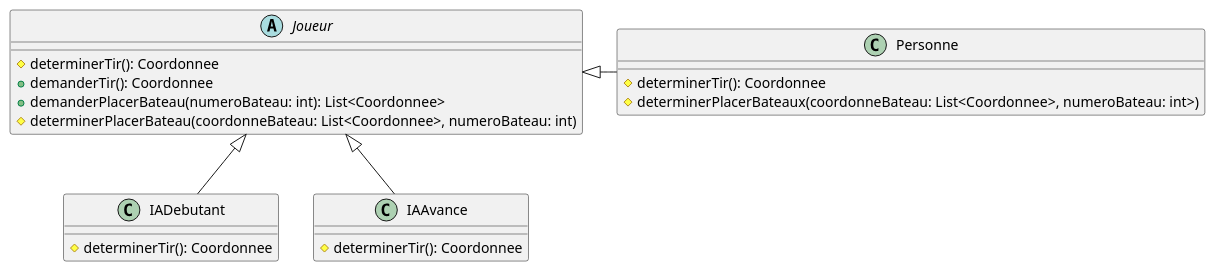
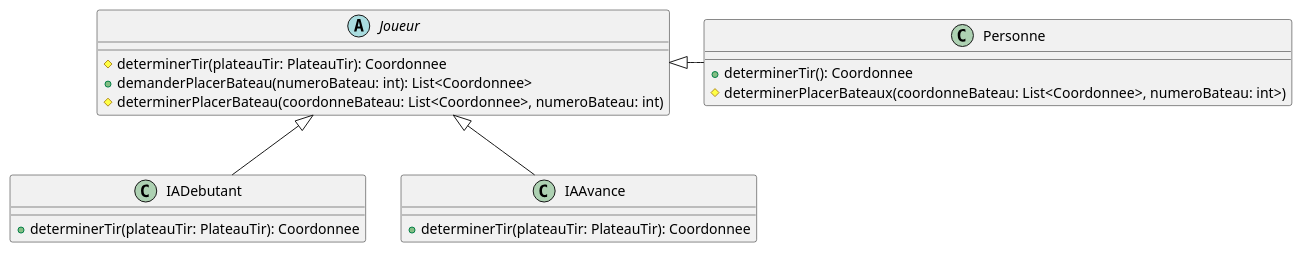
Before and after one commit to Patroklos99/5153_TP2-Battleship-AI-Pattern-Conception_Engineering2: the diagram in diagrammes_conception/diagrammes_patrons/classes_template_method.puml, drawn with PlantUML. The commit also changed 3 other files, not shown here.

```diff
--- a/diagrammes_conception/diagrammes_patrons/classes_template_method.puml
+++ b/diagrammes_conception/diagrammes_patrons/classes_template_method.puml
@@ -1,35 +1,34 @@
 @startuml
 
 
 abstract class Joueur{
-    # determinerTir(): Coordonnee
-    + demanderTir(): Coordonnee
+    # determinerTir(plateauTir: PlateauTir): Coordonnee
     + demanderPlacerBateau(numeroBateau: int): List<Coordonnee>
     # determinerPlacerBateau(coordonneBateau: List<Coordonnee>, numeroBateau: int)
 }
 
 
 
 
 
 class IADebutant {
-    # determinerTir(): Coordonnee
+    + determinerTir(plateauTir: PlateauTir): Coordonnee
 }
 
 class IAAvance{
-    # determinerTir(): Coordonnee
+    + determinerTir(plateauTir: PlateauTir): Coordonnee
 }
 
 
 class Personne {
-    # determinerTir(): Coordonnee
+    + determinerTir(): Coordonnee
     # determinerPlacerBateaux(coordonneBateau: List<Coordonnee>, numeroBateau: int>)
 }
 
 
 
 Joueur <|- Personne
 Joueur <|-down- IADebutant
 Joueur <|-down- IAAvance
 
 @enduml
```
